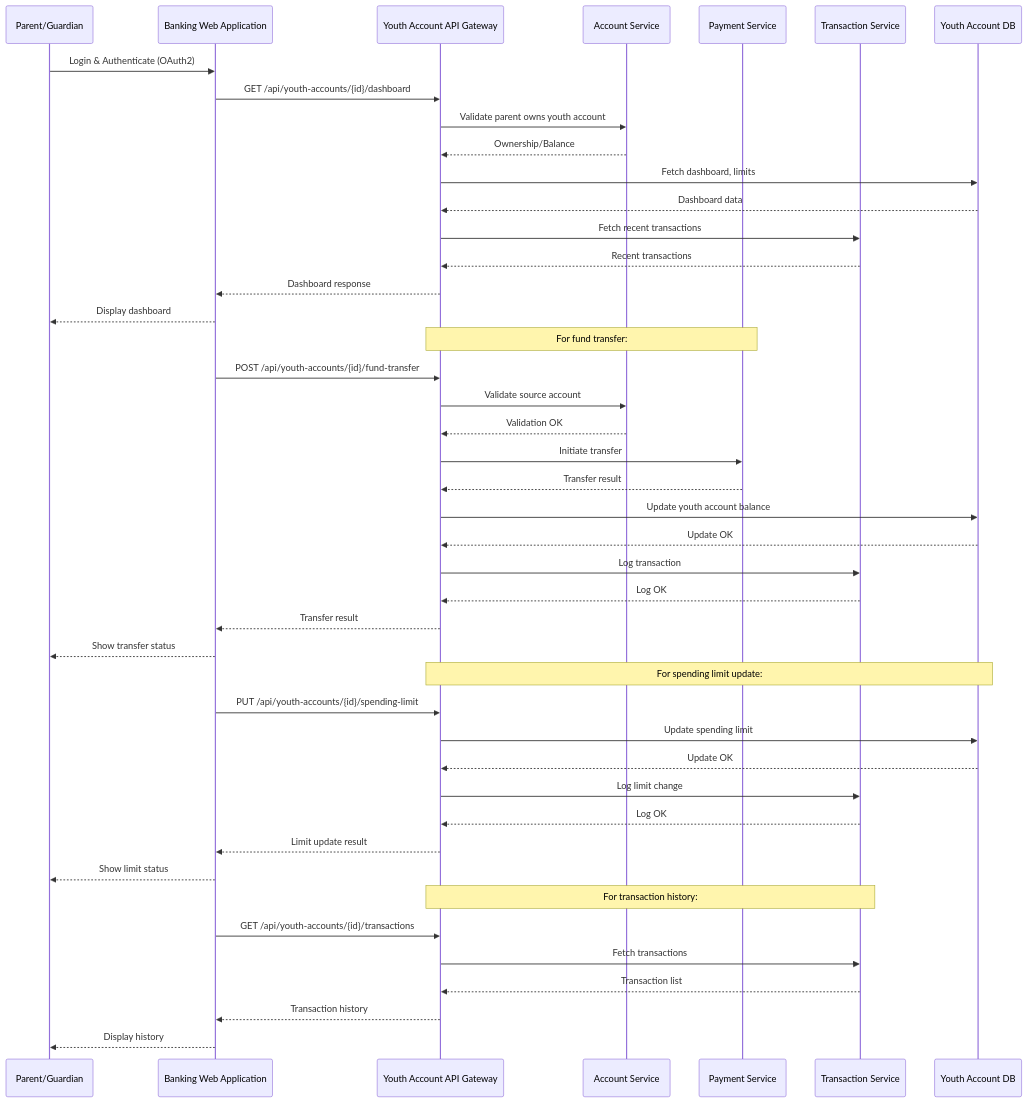
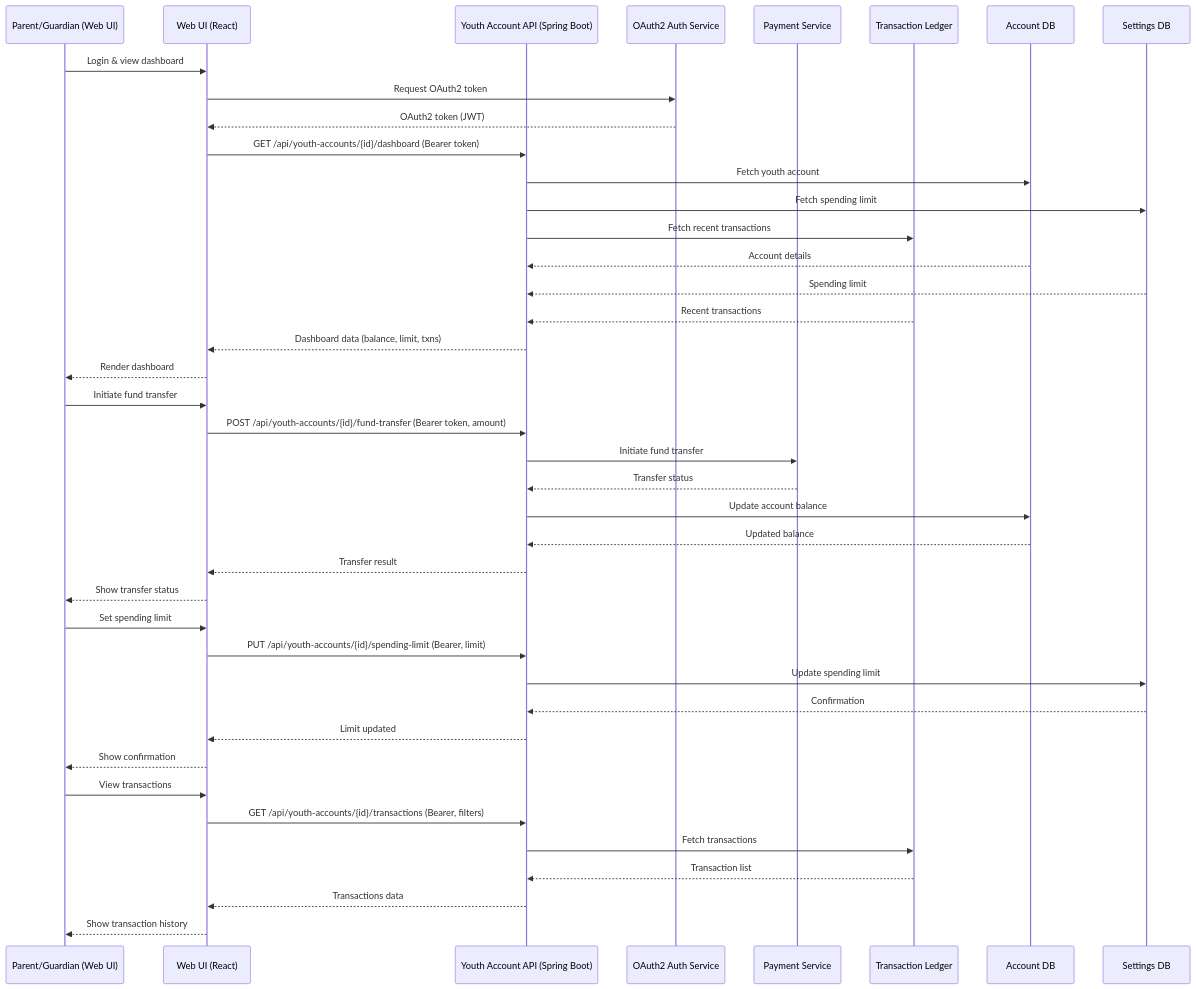
Before and after one commit to Ascend-Krithi/SCIB-Inception: the diagram in Components and Sequence Diagrams/sequence_diagram.mmd, drawn with Mermaid. The commit also changed 1 other file, not shown here.

```diff
--- a/Components and Sequence Diagrams/sequence_diagram.mmd
+++ b/Components and Sequence Diagrams/sequence_diagram.mmd
@@ -1,46 +1,50 @@
-%% Sequence Diagram for Parent Fund Management (Youth Account)
+%% Sequence Diagram for Youth Account Management (Mermaid)
 sequenceDiagram
-    participant Parent as Parent/Guardian
-    participant WebApp as Banking Web Application
-    participant API as Youth Account API Gateway
-    participant Account as Account Service
+    participant Parent as Parent/Guardian (Web UI)
+    participant UI as Web UI (React)
+    participant API as Youth Account API (Spring Boot)
+    participant Auth as OAuth2 Auth Service
     participant Payment as Payment Service
-    participant Txn as Transaction Service
-    participant DB as Youth Account DB
+    participant Ledger as Transaction Ledger
+    participant DB as Account DB
+    participant Settings as Settings DB
 
-    Parent->>WebApp: Login & Authenticate (OAuth2)
-    WebApp->>API: GET /api/youth-accounts/{id}/dashboard
-    API->>Account: Validate parent owns youth account
-    Account-->>API: Ownership/Balance
-    API->>DB: Fetch dashboard, limits
-    DB-->>API: Dashboard data
-    API->>Txn: Fetch recent transactions
-    Txn-->>API: Recent transactions
-    API-->>WebApp: Dashboard response
-    WebApp-->>Parent: Display dashboard
-    Note over API,Payment: For fund transfer:
-    WebApp->>API: POST /api/youth-accounts/{id}/fund-transfer
-    API->>Account: Validate source account
-    Account-->>API: Validation OK
-    API->>Payment: Initiate transfer
-    Payment-->>API: Transfer result
-    API->>DB: Update youth account balance
-    DB-->>API: Update OK
-    API->>Txn: Log transaction
-    Txn-->>API: Log OK
-    API-->>WebApp: Transfer result
-    WebApp-->>Parent: Show transfer status
-    Note over API,DB: For spending limit update:
-    WebApp->>API: PUT /api/youth-accounts/{id}/spending-limit
-    API->>DB: Update spending limit
-    DB-->>API: Update OK
-    API->>Txn: Log limit change
-    Txn-->>API: Log OK
-    API-->>WebApp: Limit update result
-    WebApp-->>Parent: Show limit status
-    Note over API,Txn: For transaction history:
-    WebApp->>API: GET /api/youth-accounts/{id}/transactions
-    API->>Txn: Fetch transactions
-    Txn-->>API: Transaction list
-    API-->>WebApp: Transaction history
-    WebApp-->>Parent: Display history
+    %% Dashboard Retrieval
+    Parent->>UI: Login & view dashboard
+    UI->>Auth: Request OAuth2 token
+    Auth-->>UI: OAuth2 token (JWT)
+    UI->>API: GET /api/youth-accounts/{id}/dashboard (Bearer token)
+    API->>DB: Fetch youth account
+    API->>Settings: Fetch spending limit
+    API->>Ledger: Fetch recent transactions
+    DB-->>API: Account details
+    Settings-->>API: Spending limit
+    Ledger-->>API: Recent transactions
+    API-->>UI: Dashboard data (balance, limit, txns)
+    UI-->>Parent: Render dashboard
+
+    %% Fund Transfer
+    Parent->>UI: Initiate fund transfer
+    UI->>API: POST /api/youth-accounts/{id}/fund-transfer (Bearer token, amount)
+    API->>Payment: Initiate fund transfer
+    Payment-->>API: Transfer status
+    API->>DB: Update account balance
+    DB-->>API: Updated balance
+    API-->>UI: Transfer result
+    UI-->>Parent: Show transfer status
+
+    %% Set Spending Limit
+    Parent->>UI: Set spending limit
+    UI->>API: PUT /api/youth-accounts/{id}/spending-limit (Bearer, limit)
+    API->>Settings: Update spending limit
+    Settings-->>API: Confirmation
+    API-->>UI: Limit updated
+    UI-->>Parent: Show confirmation
+
+    %% View Transaction History
+    Parent->>UI: View transactions
+    UI->>API: GET /api/youth-accounts/{id}/transactions (Bearer, filters)
+    API->>Ledger: Fetch transactions
+    Ledger-->>API: Transaction list
+    API-->>UI: Transactions data
+    UI-->>Parent: Show transaction history
```
